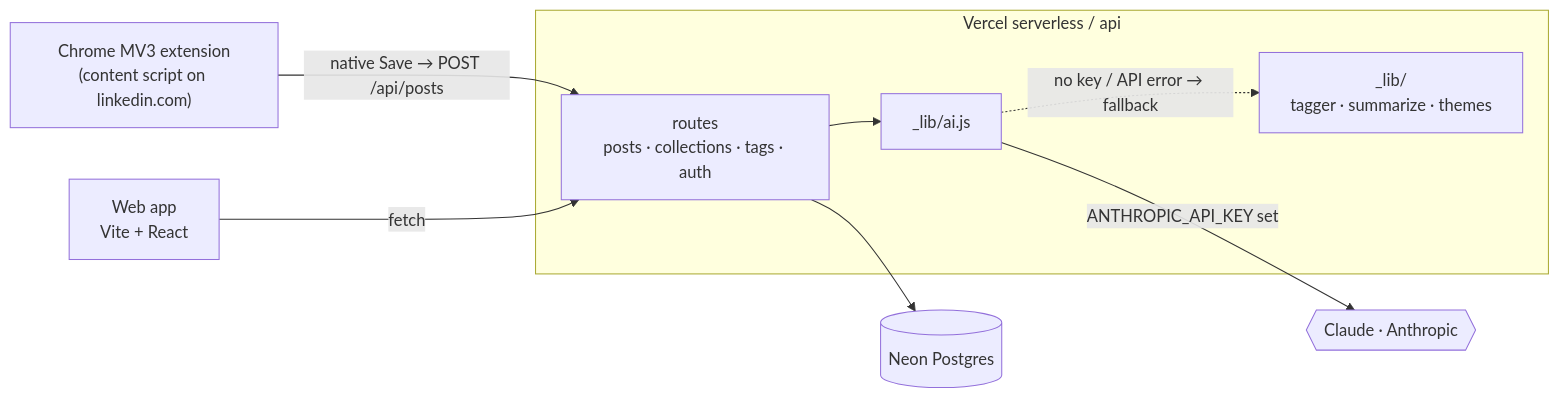
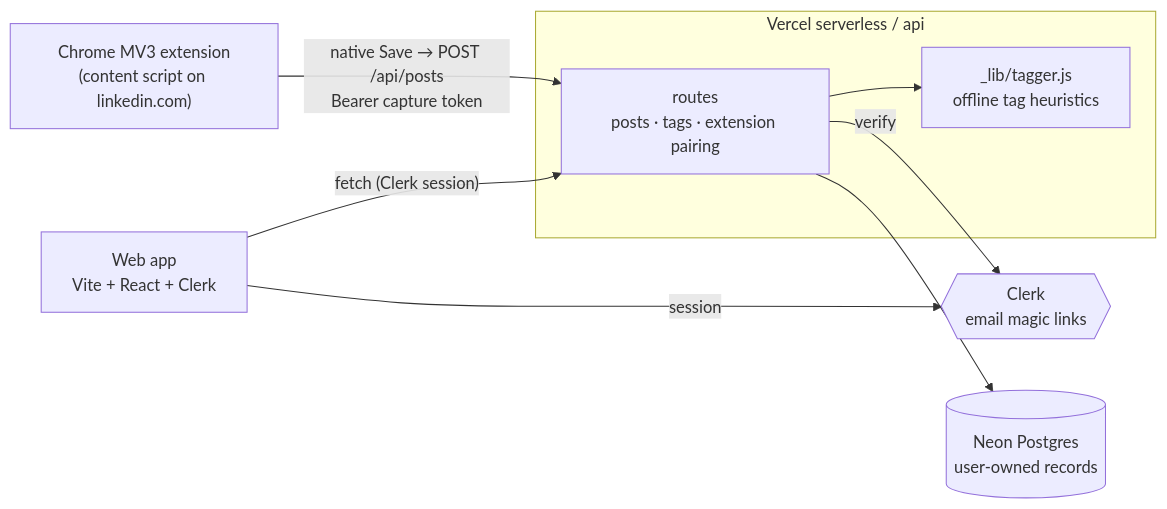
Before and after one commit to EgorDranev/linkedin-post-organizer: the diagram in README.md, drawn with Mermaid. The commit also changed other lines of this file and 6 other files, not shown here.

````diff
--- a/README.md
+++ b/README.md
@@ -28,19 +56,18 @@
 ```mermaid
 flowchart LR
     EXT["Chrome MV3 extension<br/>(content script on linkedin.com)"]
-    UI["Web app<br/>Vite + React"]
+    UI["Web app<br/>Vite + React + Clerk"]
+    CLERK{{"Clerk<br/>email magic links"}}
     subgraph API ["Vercel serverless / api"]
-      ROUTES["routes<br/>posts · collections · tags · auth"]
-      AI["_lib/ai.js"]
-      HEUR["_lib/<br/>tagger · summarize · themes"]
+      ROUTES["routes<br/>posts · tags · extension pairing"]
+      TAGGER["_lib/tagger.js<br/>offline tag heuristics"]
     end
-    DB[("Neon Postgres")]
-    CLAUDE{{"Claude · Anthropic"}}
+    DB[("Neon Postgres<br/>user-owned records")]
 
-    EXT -- "native Save → POST /api/posts" --> ROUTES
-    UI -- "fetch" --> ROUTES
+    UI -- "session" --> CLERK
+    EXT -- "native Save → POST /api/posts<br/>Bearer capture token" --> ROUTES
+    UI -- "fetch (Clerk session)" --> ROUTES
+    ROUTES -- "verify" --> CLERK
+    ROUTES --> TAGGER
     ROUTES --> DB
-    ROUTES --> AI
-    AI -- "ANTHROPIC_API_KEY set" --> CLAUDE
-    AI -. "no key / API error → fallback" .-> HEUR
 ```
````
